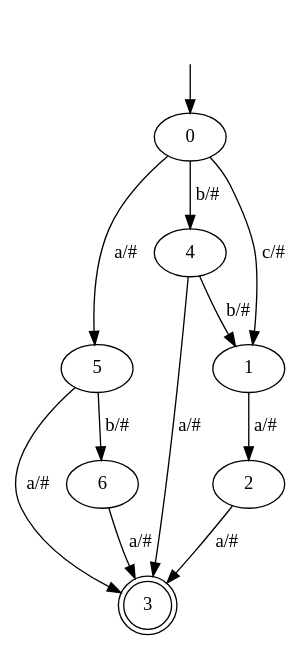
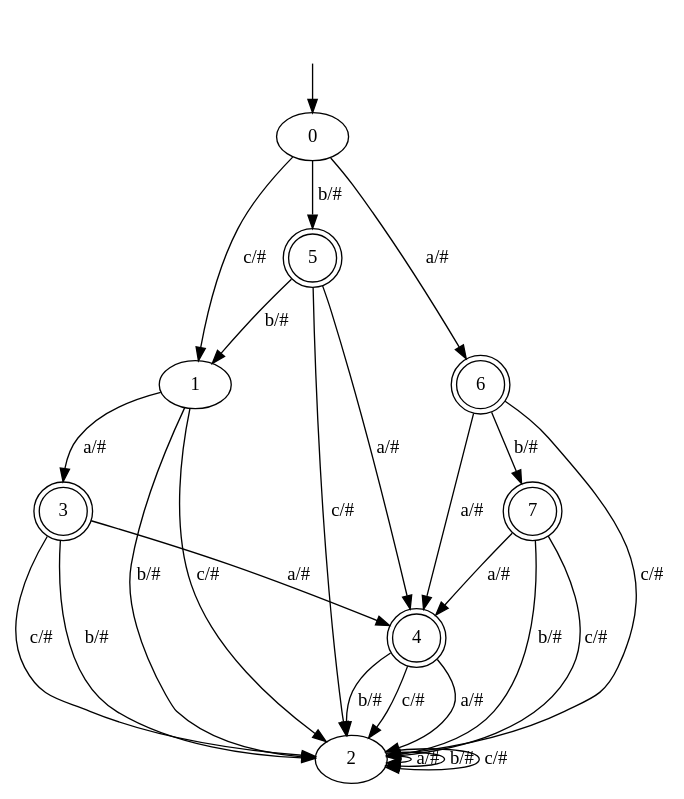
One commit to acoussea/AnalyseurLexical changed the diagram in ND01.descr.descr.dot. Above: the diagram before and after it, drawn with Graphviz. The commit also changed 19 other files, not shown here.

```diff
--- a/ND01.descr.descr.dot
+++ b/ND01.descr.descr.dot
@@ -1,15 +1,33 @@
 digraph G {
 	"" [shape=none]
 	3 [shape=doublecircle]
+	4 [shape=doublecircle]
+	5 [shape=doublecircle]
+	6 [shape=doublecircle]
+	7 [shape=doublecircle]
 	"" ->0
-	0 -> 5[label="a/#"];
-	0 -> 4[label="b/#"];
+	0 -> 6[label="a/#"];
+	0 -> 5[label="b/#"];
 	0 -> 1[label="c/#"];
-	1 -> 2[label="a/#"];
-	2 -> 3[label="a/#"];
-	4 -> 3[label="a/#"];
-	4 -> 1[label="b/#"];
-	5 -> 3[label="a/#"];
-	5 -> 6[label="b/#"];
-	6 -> 3[label="a/#"];
+	1 -> 3[label="a/#"];
+	1 -> 2[label="b/#"];
+	1 -> 2[label="c/#"];
+	2 -> 2[label="a/#"];
+	2 -> 2[label="b/#"];
+	2 -> 2[label="c/#"];
+	3 -> 4[label="a/#"];
+	3 -> 2[label="b/#"];
+	3 -> 2[label="c/#"];
+	4 -> 2[label="a/#"];
+	4 -> 2[label="b/#"];
+	4 -> 2[label="c/#"];
+	5 -> 4[label="a/#"];
+	5 -> 1[label="b/#"];
+	5 -> 2[label="c/#"];
+	6 -> 4[label="a/#"];
+	6 -> 7[label="b/#"];
+	6 -> 2[label="c/#"];
+	7 -> 4[label="a/#"];
+	7 -> 2[label="b/#"];
+	7 -> 2[label="c/#"];
 }
```
